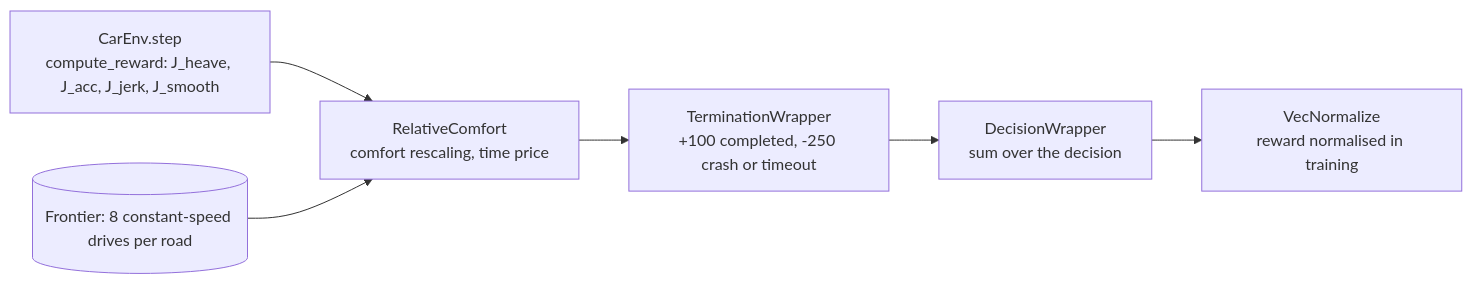
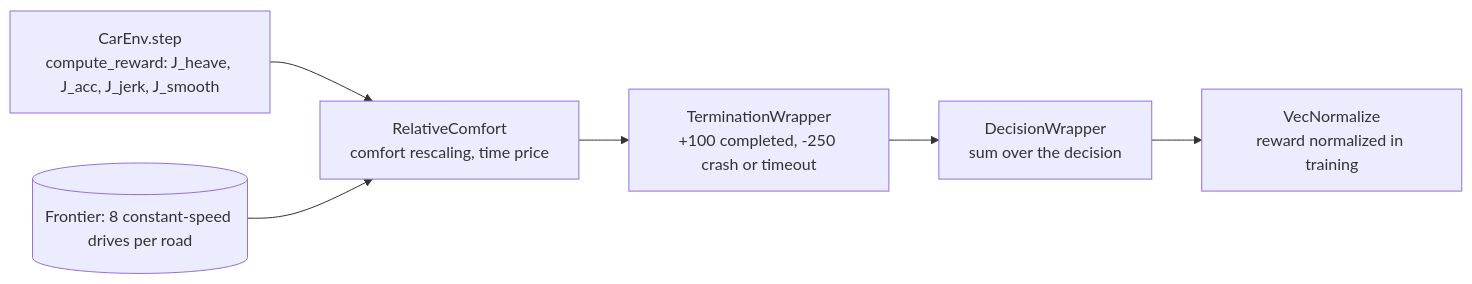
The diagram in wiki/Reward-Function.md (CALM-Dataset/CALM), drawn with Mermaid before and after one commit. The commit also changed other lines of this file and 16 other files, not shown here.

````diff
--- a/wiki/Reward-Function.md
+++ b/wiki/Reward-Function.md
@@ -5,8 +5,8 @@
 ```mermaid
 flowchart LR
     CE["CarEnv.step<br/>compute_reward: J_heave, J_acc, J_jerk, J_smooth"] --> RC["RelativeComfort<br/>comfort rescaling, time price"]
     RC --> TW["TerminationWrapper<br/>+100 completed, -250 crash or timeout"]
     TW --> DW["DecisionWrapper<br/>sum over the decision"]
-    DW --> VN["VecNormalize<br/>reward normalised in training"]
+    DW --> VN["VecNormalize<br/>reward normalized in training"]
     FR[("Frontier: 8 constant-speed drives per road")] --> RC
 ```
````
